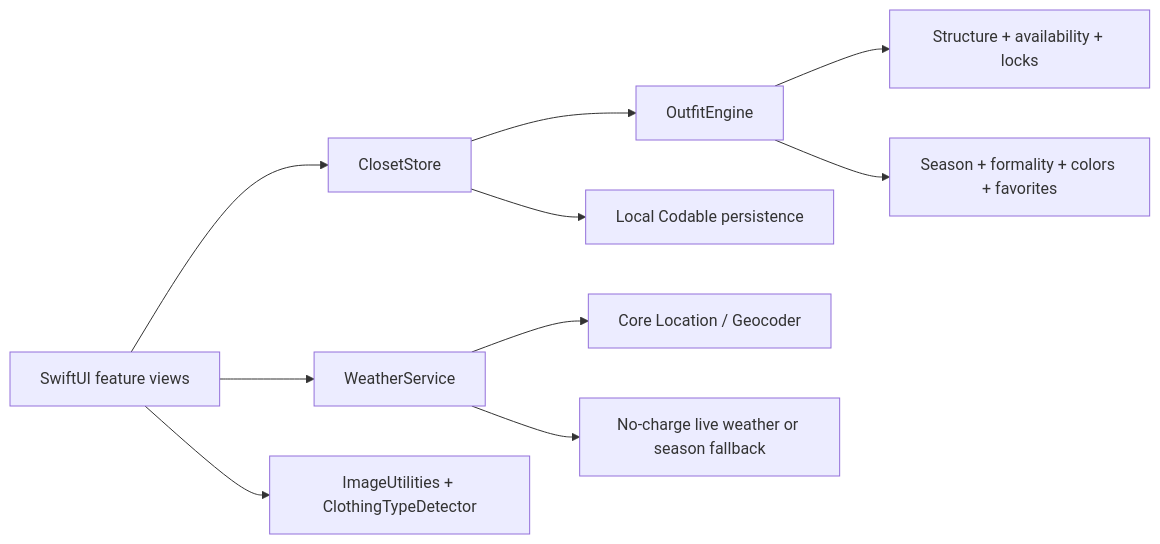
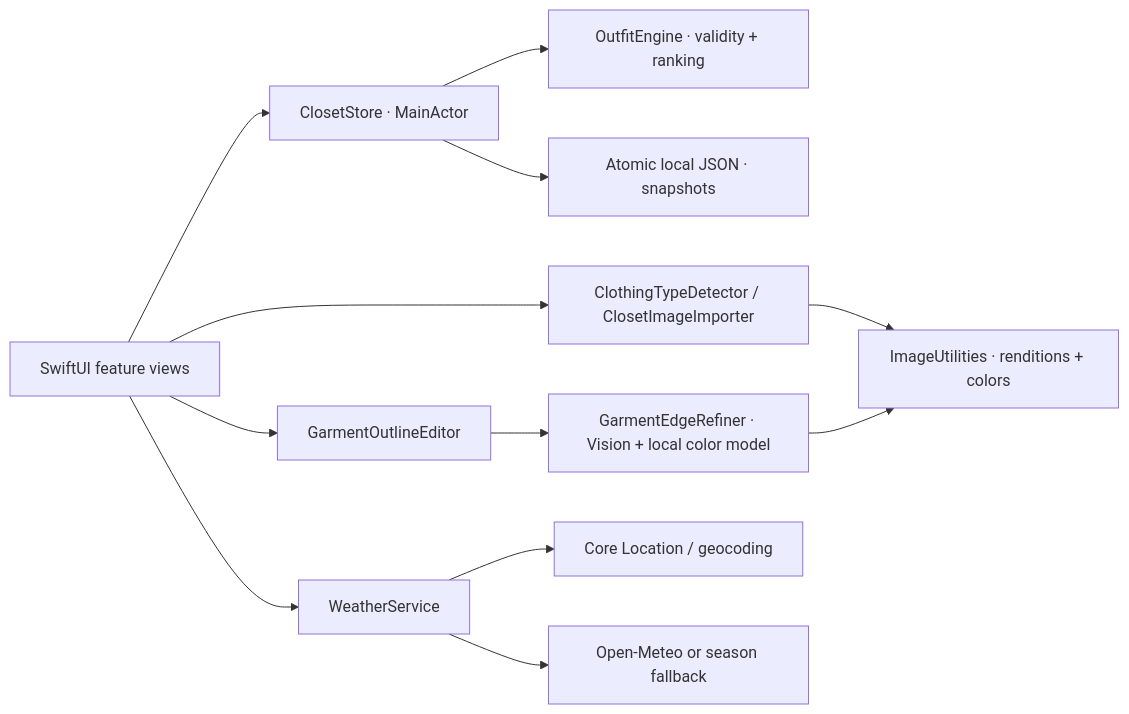
Before and after one commit to mkodithuwakku/myCloset: the diagram in README.md, drawn with Mermaid. The commit also changed other lines of this file and 8 other files, not shown here.

Commit message:
Present myCloset portfolio and App Store preparation roadmap

````diff
--- a/README.md
+++ b/README.md
@@ -106,12 +91,14 @@
 ```mermaid
 flowchart LR
-    UI["SwiftUI feature views"] --> Store["ClosetStore"]
-    UI --> Weather["WeatherService"]
-    Store --> Engine["OutfitEngine"]
-    Store --> Disk["Local Codable persistence"]
-    UI --> Images["ImageUtilities + ClothingTypeDetector"]
-    Weather --> Location["Core Location / Geocoder"]
-    Weather --> Forecast["No-charge live weather or season fallback"]
-    Engine --> Rules["Structure + availability + locks"]
-    Engine --> Score["Season + formality + colors + favorites"]
+    Views["SwiftUI feature views"] --> Store["ClosetStore · MainActor"]
+    Store --> Engine["OutfitEngine · validity + ranking"]
+    Store --> Disk["Atomic local JSON · snapshots"]
+    Views --> Outline["GarmentOutlineEditor"]
+    Outline --> Refiner["GarmentEdgeRefiner · Vision + local color model"]
+    Views --> Importer["ClothingTypeDetector / ClosetImageImporter"]
+    Importer --> Images["ImageUtilities · renditions + colors"]
+    Refiner --> Images
+    Views --> Weather["WeatherService"]
+    Weather --> Location["Core Location / geocoding"]
+    Weather --> Conditions["Open-Meteo or season fallback"]
 ```
````
